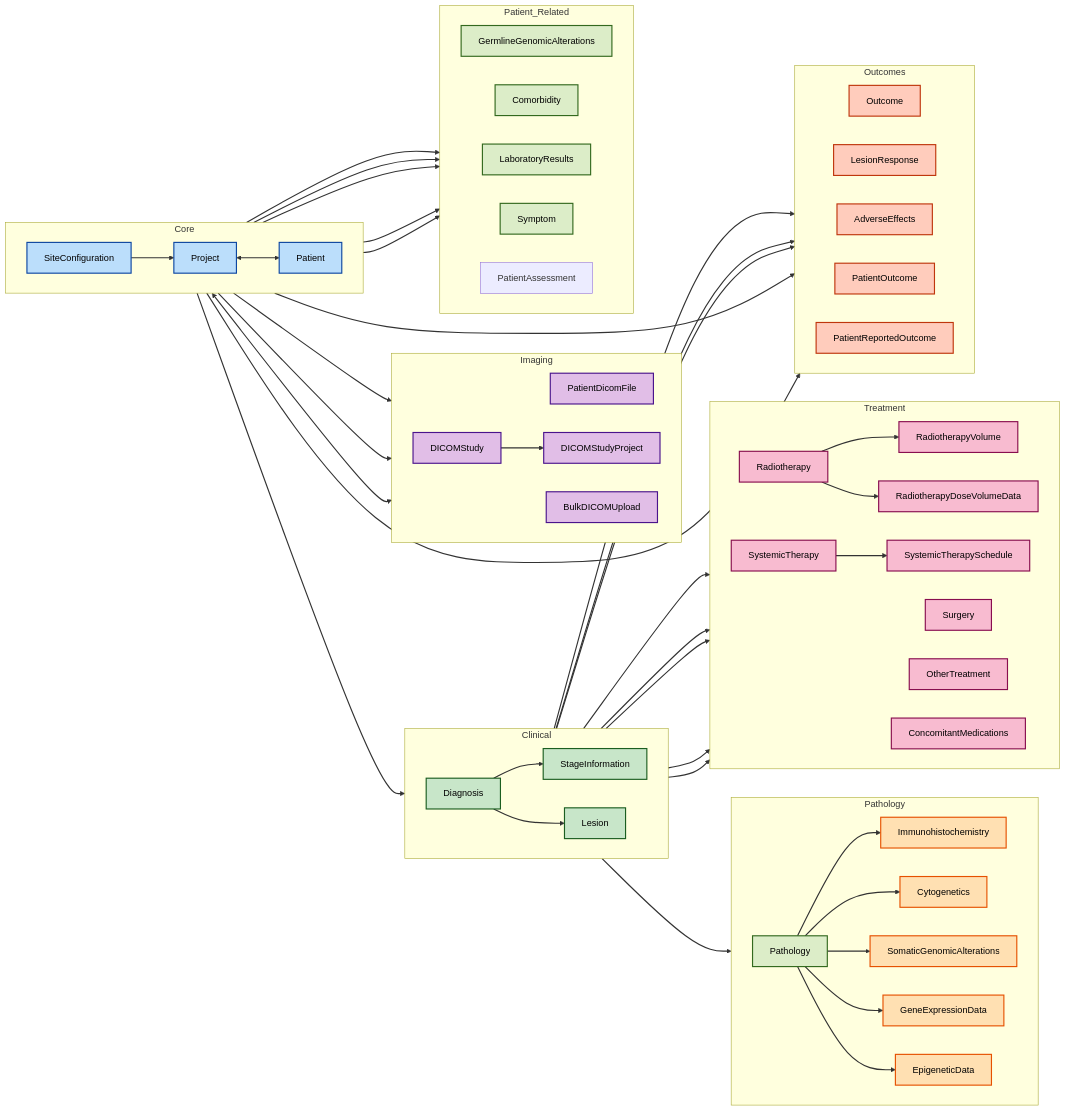
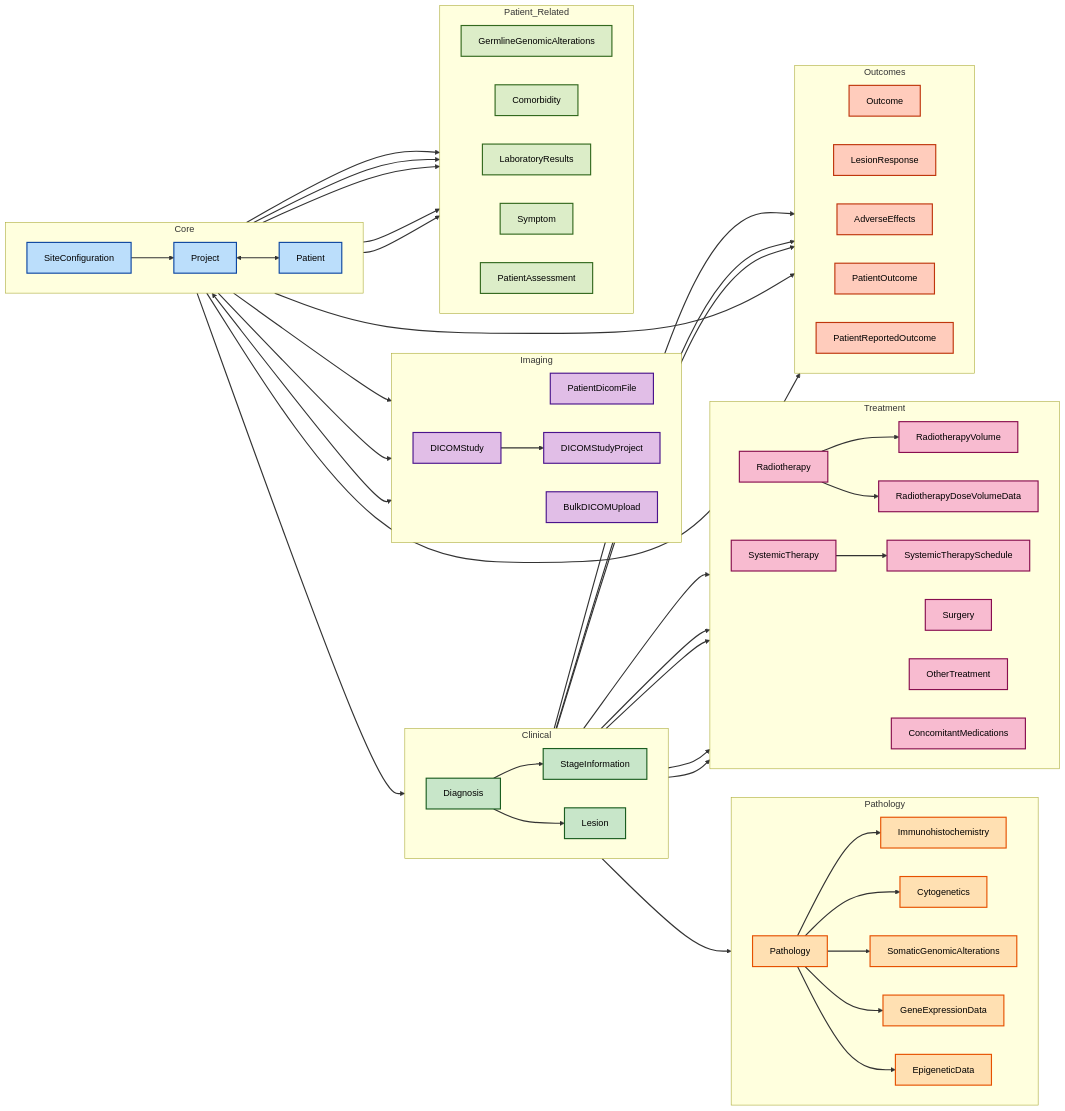
Before and after one commit to CHAVI-India/CHAVI-Client: the diagram in README.md, drawn with Mermaid.

Commit message:
Update patient class label in README diagram

```diff
--- a/README.md
+++ b/README.md
@@ -339,7 +339,7 @@
 class D,SI,L clinical
 class PA,IH,CY,SG,GE,EP pathology
 class RT,RV,RD,ST,SS,SU,OT,CM treatment
-class GG,CO,LAB,SY,PA patient
+class GG,CO,LAB,SY,PAS patient
 class O,LR,AE,PO,PR outcomes
 
 %% Layout Adjustments
```
